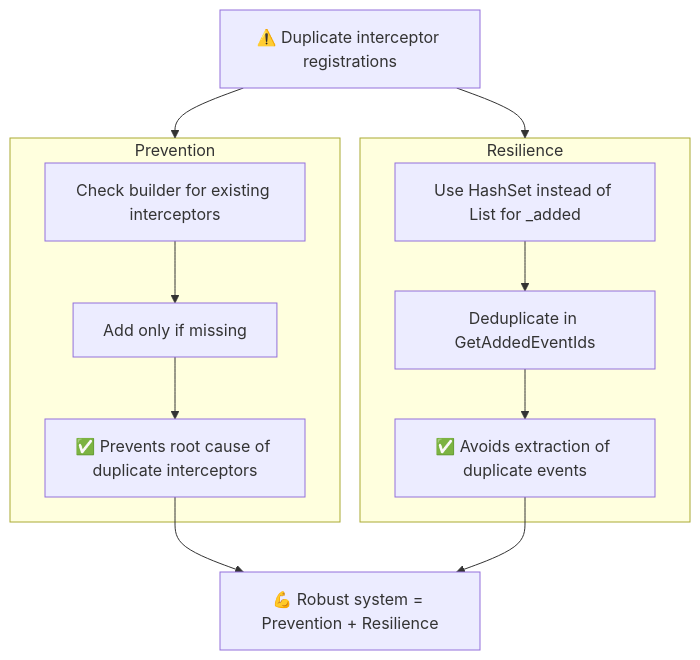
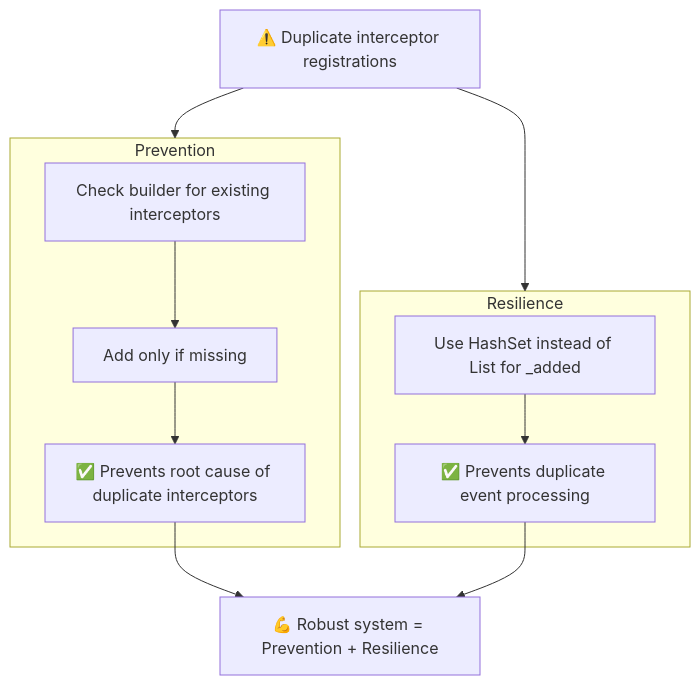
One commit to harveylx/portfolio-website changed the second of 2 diagrams in astro-portfolio/src/data/blog/_2025/debugging-duplicate-event-processing.md. Above: the diagram before and after it, drawn with Mermaid. The commit also changed other lines of this file, not shown here.

````diff
--- a/astro-portfolio/src/data/blog/_2025/debugging-duplicate-event-processing.md
+++ b/astro-portfolio/src/data/blog/_2025/debugging-duplicate-event-processing.md
@@ -396,24 +458,23 @@
 ```mermaid
 graph TB
     Problem[⚠️ Duplicate interceptor registrations]
 
     subgraph "Prevention"
         P1[Check builder for existing interceptors]
         P2[Add only if missing]
         PR[✅ Prevents root cause of duplicate interceptors]
         P1 --> P2--> PR
     end
 
     subgraph "Resilience"
         R1[Use HashSet instead of List for _added]
-        R2[Deduplicate in GetAddedEventIds]
-        RR[✅ Avoids extraction of duplicate events]
-        R1 --> R2 --> RR
+        RR[✅ Prevents duplicate event processing]
+        R1 --> RR
     end
 
     Problem --> Prevention
     Problem --> Resilience
     PR --> Final
     RR --> Final
     Final[💪 Robust system = Prevention + Resilience]
 ```
````
